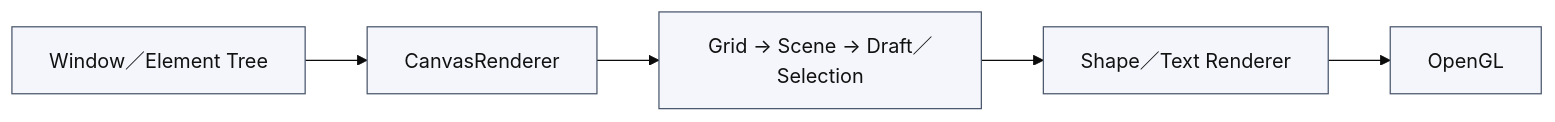
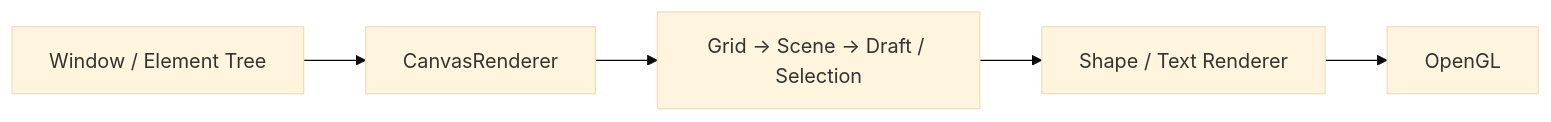
The diagram in docs/figures-src/ch03_render-pipeline.mmd (YuanOwO/CG-hw1-paint), drawn with Mermaid (base theme) before and after one commit. The commit also changed 38 other files, not shown here.

First line of the commit message:
docs: 完善架構說明並重新產生相關圖表

```diff
--- a/docs/figures-src/ch03_render-pipeline.mmd
+++ b/docs/figures-src/ch03_render-pipeline.mmd
@@ -1,8 +1,5 @@
 flowchart LR
-    tree[Window／Element Tree] --> canvas[CanvasRenderer]
-    canvas --> layers[Grid → Scene → Draft／Selection]
-    layers --> renderer[Shape／Text Renderer]
+    tree[Window / Element Tree] --> canvas[CanvasRenderer]
+    canvas --> layers[Grid → Scene → Draft / Selection]
+    layers --> renderer[Shape / Text Renderer]
     renderer --> gl[OpenGL]
-
-    classDef step fill:#f4f6fb,stroke:#49566b,color:#111,stroke-width:1px;
-    class tree,canvas,layers,renderer,gl step;
```
